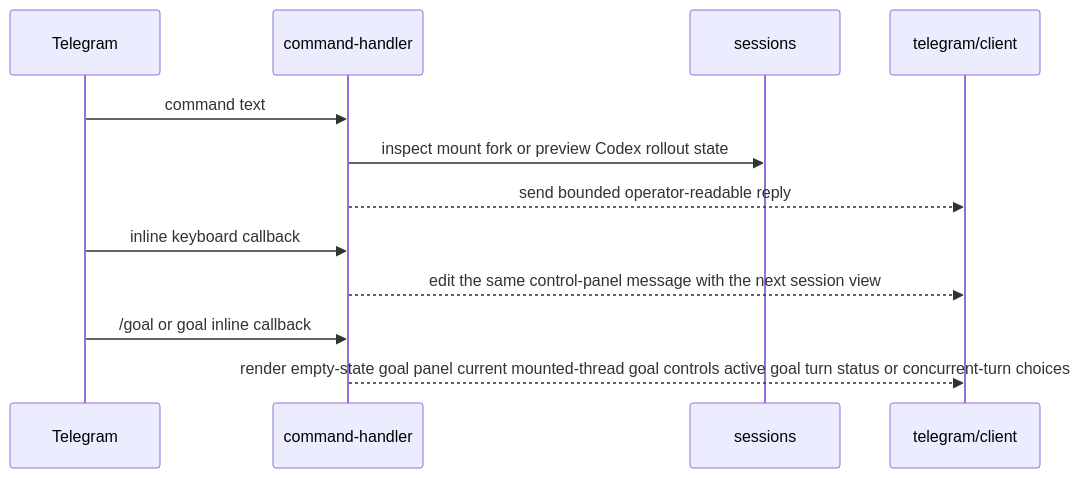
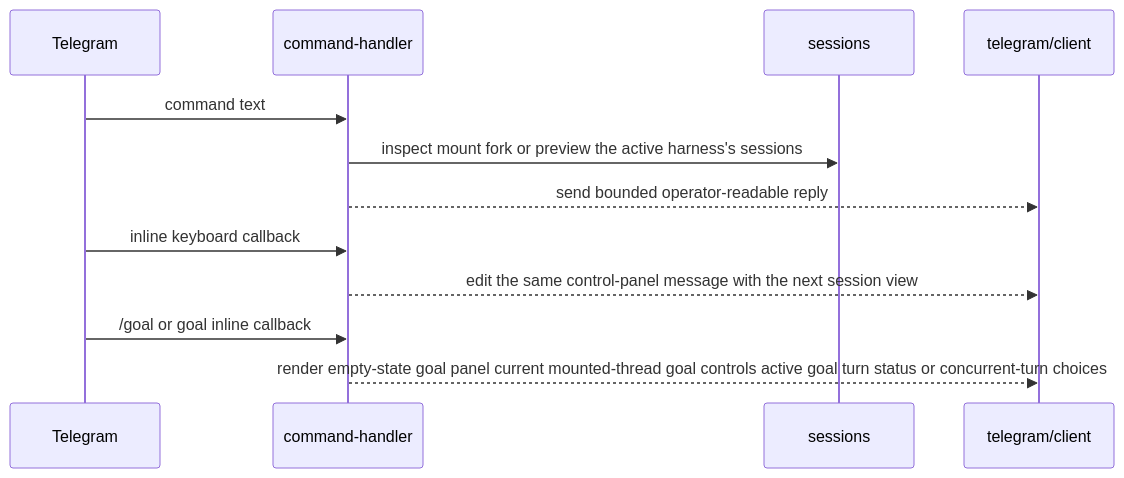
One commit to eaucoin/alasio changed the second of 3 diagrams in src/operator/README.md. Above: the diagram before and after it, drawn with Mermaid. The commit also changed 45 other files, not shown here.

````diff
--- a/src/operator/README.md
+++ b/src/operator/README.md
@@ -29,14 +29,14 @@
 ```mermaid
 sequenceDiagram
   participant Telegram
   participant Handler as command-handler
   participant Sessions as sessions
   participant Client as telegram/client
   Telegram->>Handler: command text
-  Handler->>Sessions: inspect mount fork or preview Codex rollout state
+  Handler->>Sessions: inspect mount fork or preview the active harness's sessions
   Handler-->>Client: send bounded operator-readable reply
   Telegram->>Handler: inline keyboard callback
   Handler-->>Client: edit the same control-panel message with the next session view
   Telegram->>Handler: /goal or goal inline callback
   Handler-->>Client: render empty-state goal panel current mounted-thread goal controls active goal turn status or concurrent-turn choices
 ```
````
